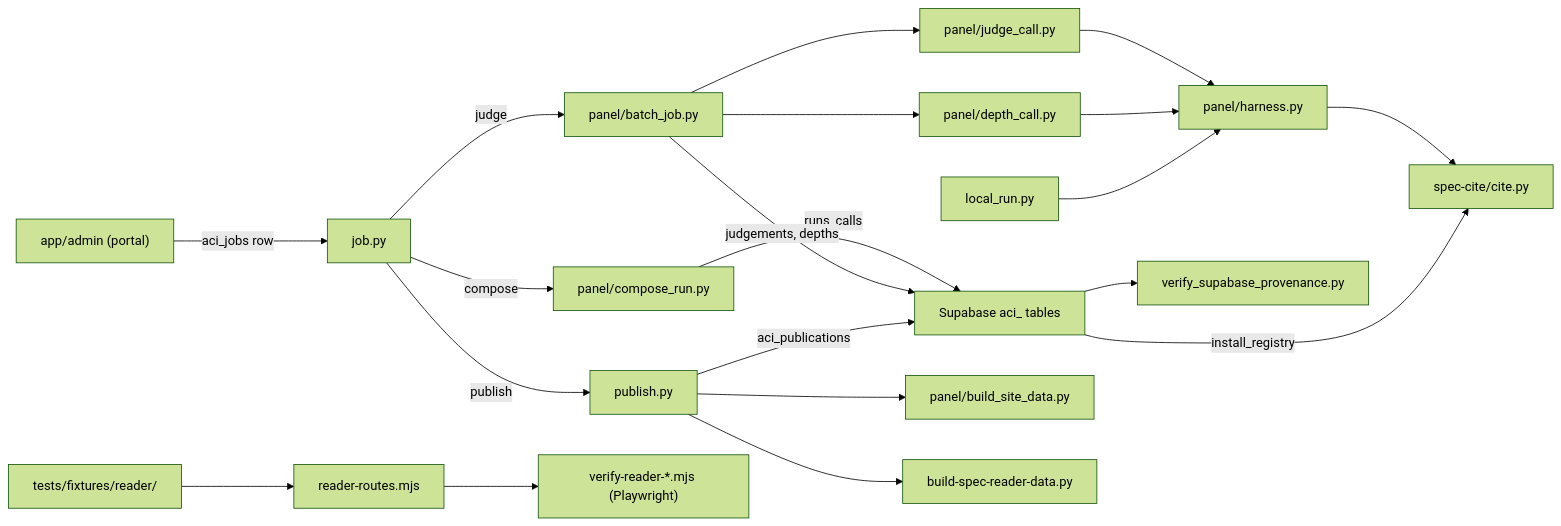
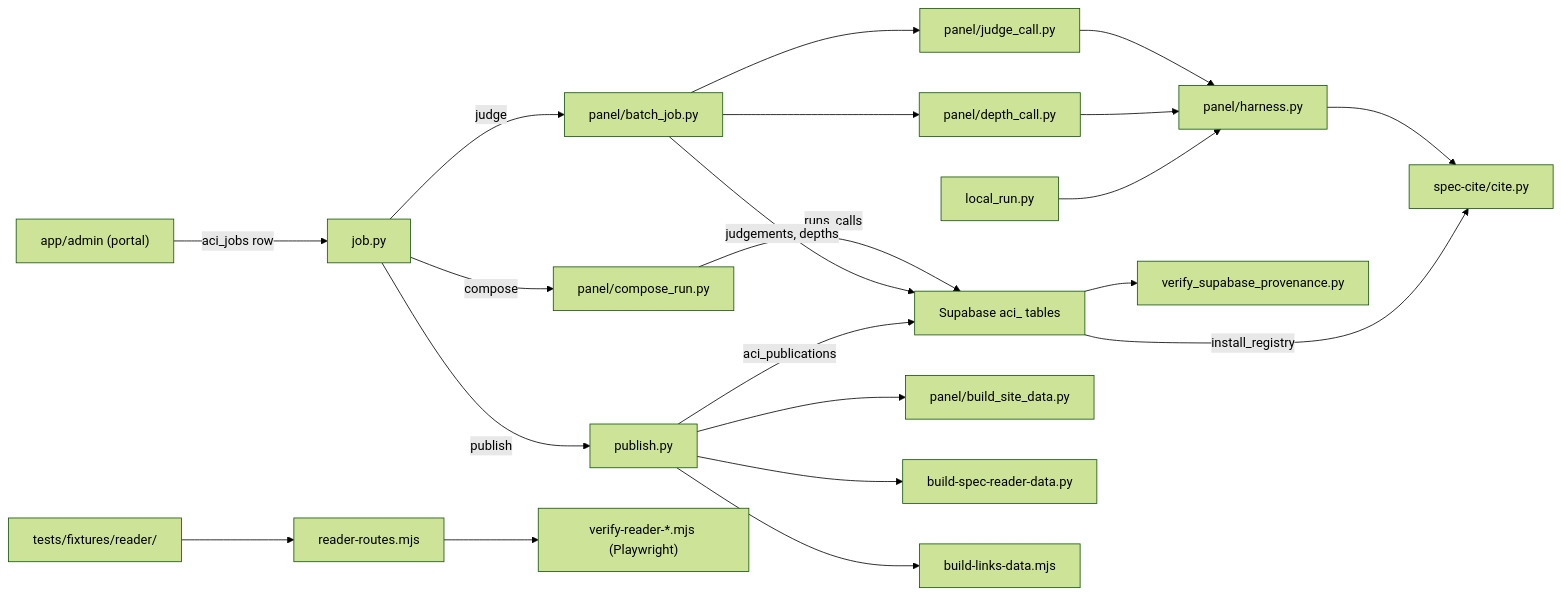
One commit to polariscollective/ai-character-index changed the diagram in engine/OVERVIEW.md. Above: the diagram before and after it, drawn with Mermaid (forest theme). The commit also changed other lines of this file and 10 other files, not shown here.

````diff
--- a/engine/OVERVIEW.md
+++ b/engine/OVERVIEW.md
@@ -37,21 +38,22 @@
 ```mermaid
 graph LR
   portal["app/admin (portal)"] -->|"aci_jobs row"| job["job.py"]
   job -->|compose| compose["panel/compose_run.py"]
   job -->|judge| batch["panel/batch_job.py"]
   job -->|publish| pub["publish.py"]
   batch --> jc["panel/judge_call.py"]
   batch --> dc["panel/depth_call.py"]
   jc --> harness["panel/harness.py"]
   dc --> harness
   local["local_run.py"] --> harness
   harness --> cite["spec-cite/cite.py"]
   sb["Supabase aci_ tables"] -->|"install_registry"| cite
   compose -->|"runs, calls"| sb
   batch -->|"judgements, depths"| sb
   pub --> bsd["panel/build_site_data.py"]
   pub --> bsr["build-spec-reader-data.py"]
+  pub --> bld["build-links-data.mjs"]
   pub -->|"aci_publications"| sb
   sb --> ver["verify_supabase_provenance.py"]
   fix["tests/fixtures/reader/"] --> rr["reader-routes.mjs"] --> walkers["verify-reader-*.mjs (Playwright)"]
 ```
````
